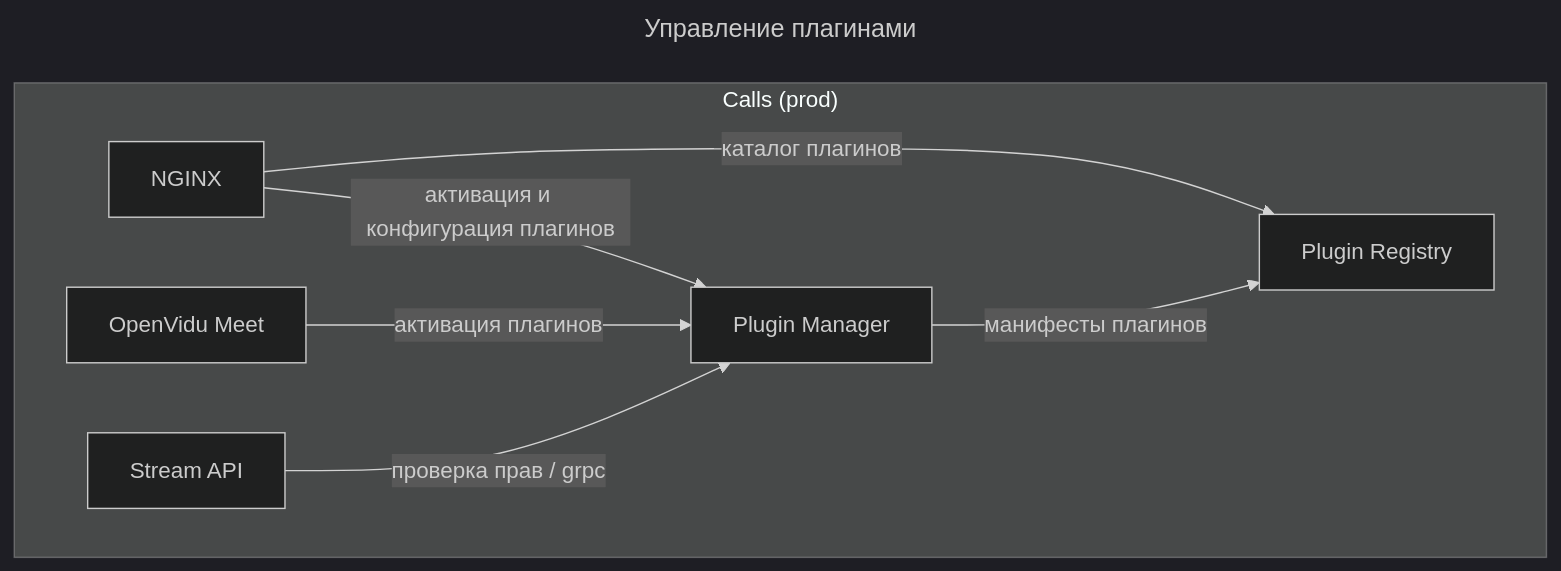
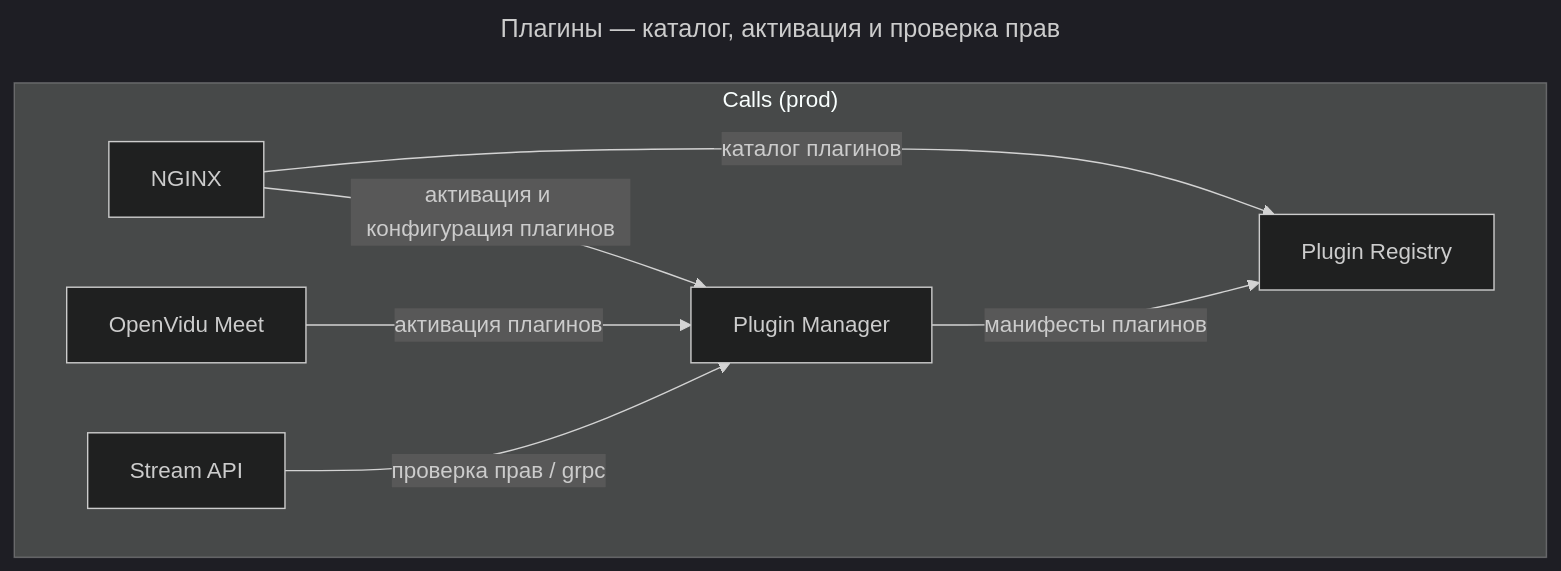
One commit to dwspurpleteam/deployer changed the third of 5 diagrams in README.md. Above: the diagram before and after it, drawn with Mermaid (dark theme). The commit also changed other lines of this file, not shown here.

Commit message:
Clarify architecture diagram titles

````diff
--- a/README.md
+++ b/README.md
@@ -40,14 +40,14 @@
 ```mermaid
 ---
-title: Управление плагинами
+title: Плагины — каталог, активация и проверка прав
 ---
 flowchart LR
   subgraph calls_plugins["Calls (prod)"]
     direction LR
     proxy[NGINX] -->|активация и конфигурация плагинов| manager[Plugin Manager]
     proxy -->|каталог плагинов| registry[Plugin Registry]
     meet[OpenVidu Meet] -->|активация плагинов| manager
     streamapi[Stream API] -->|проверка прав / grpc| manager
     manager -->|манифесты плагинов| registry
   end
 ```
````
